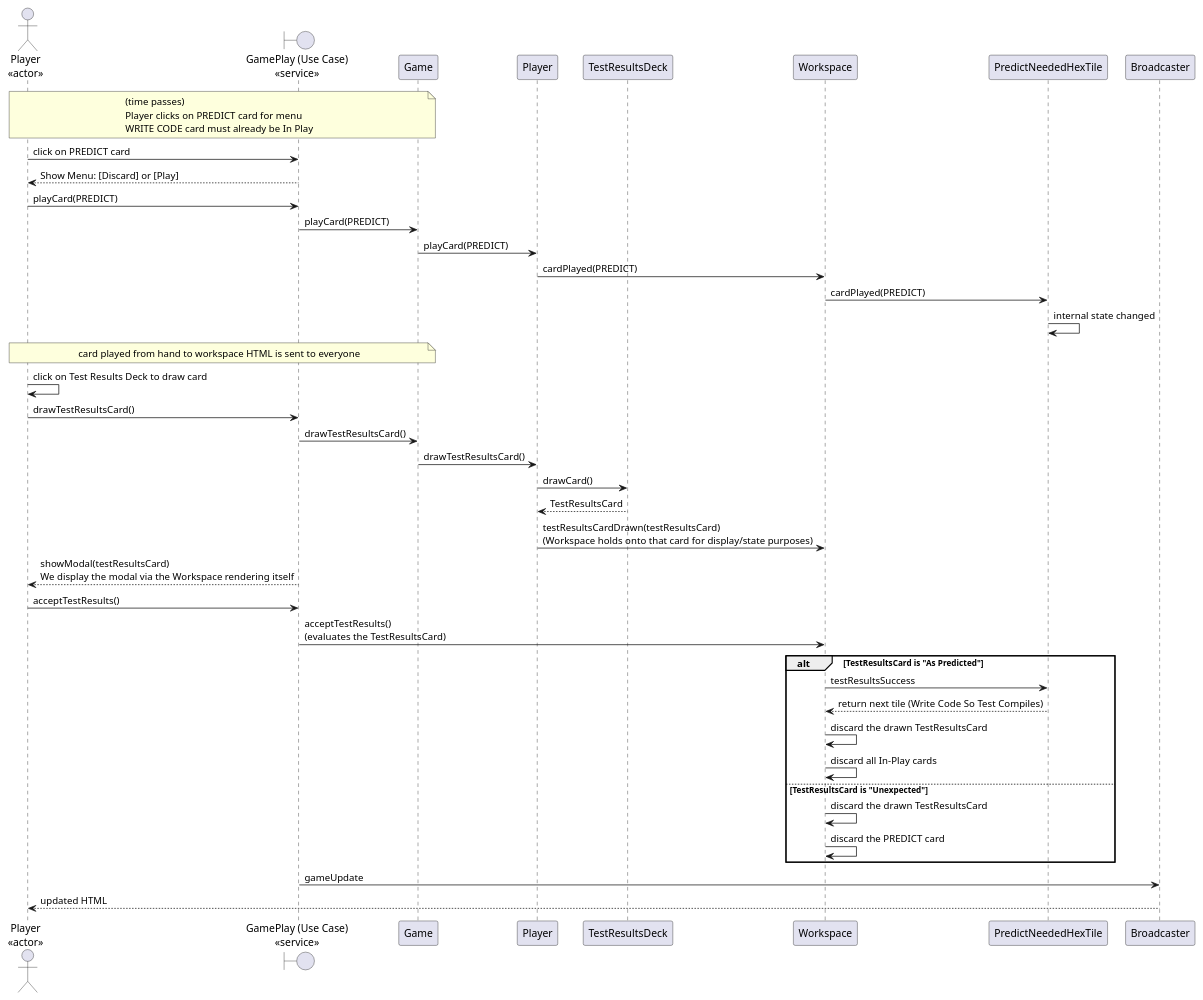
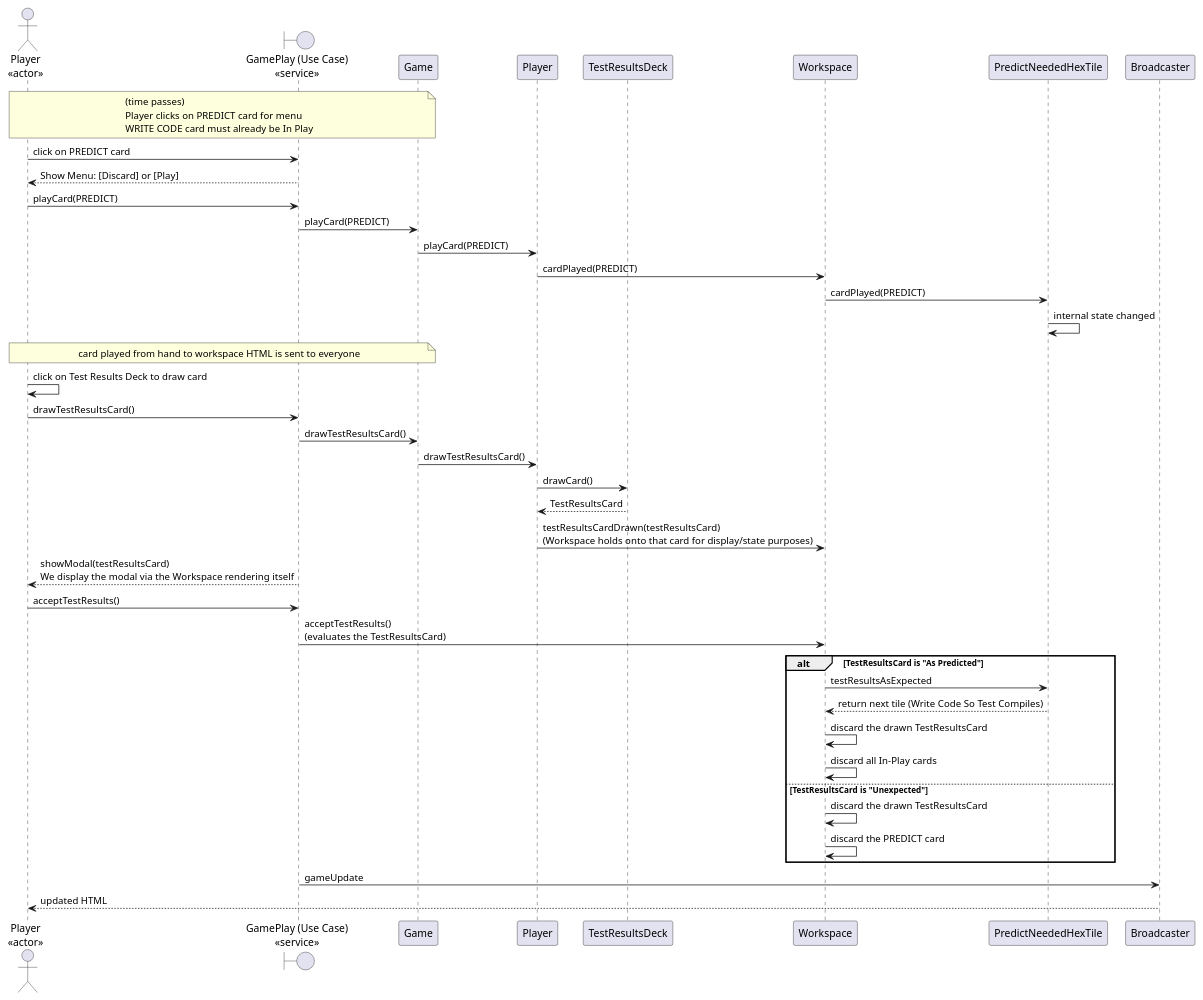
Before and after one commit to jitterted/tdd-game: the diagram in diagrams-docs/play-predict-card-sequence.puml, drawn with PlantUML. The commit also changed 7 other files, not shown here.

```diff
--- a/diagrams-docs/play-predict-card-sequence.puml
+++ b/diagrams-docs/play-predict-card-sequence.puml
@@ -1,42 +1,42 @@
 @startuml
 actor "Player\n<<actor>>" as PlayerActor
 boundary "GamePlay (Use Case)\n<<service>>" as GamePlay
 participant Game
 participant Player
 participant TestResultsDeck
 participant Workspace
 participant PredictNeededHexTile
 
 note over PlayerActor, Game: (time passes)\nPlayer clicks on PREDICT card for menu\nWRITE CODE card must already be In Play
 
 PlayerActor -> GamePlay : click on PREDICT card
 PlayerActor <-- GamePlay : Show Menu: [Discard] or [Play]
 PlayerActor -> GamePlay: playCard(PREDICT)
 GamePlay -> Game: playCard(PREDICT)
 Game -> Player: playCard(PREDICT)
 Player -> Workspace: cardPlayed(PREDICT)
 Workspace -> PredictNeededHexTile: cardPlayed(PREDICT)
 PredictNeededHexTile -> PredictNeededHexTile: internal state changed
 note over PlayerActor, Game: card played from hand to workspace HTML is sent to everyone
 PlayerActor -> PlayerActor: click on Test Results Deck to draw card
 PlayerActor -> GamePlay: drawTestResultsCard()
 GamePlay -> Game: drawTestResultsCard()
 Game -> Player:  drawTestResultsCard()
 Player -> TestResultsDeck: drawCard()
 Player <-- TestResultsDeck: TestResultsCard
 Player -> Workspace: testResultsCardDrawn(testResultsCard)\n(Workspace holds onto that card for display/state purposes)
 GamePlay --> PlayerActor: showModal(testResultsCard)\nWe display the modal via the Workspace rendering itself
 PlayerActor -> GamePlay: acceptTestResults()
 GamePlay -> Workspace: acceptTestResults()\n(evaluates the TestResultsCard)
 alt TestResultsCard is "As Predicted"
-    Workspace -> PredictNeededHexTile: testResultsSuccess
+    Workspace -> PredictNeededHexTile: testResultsAsExpected
     PredictNeededHexTile --> Workspace: return next tile (Write Code So Test Compiles)
     Workspace -> Workspace: discard the drawn TestResultsCard
     Workspace -> Workspace: discard all In-Play cards
 else TestResultsCard is "Unexpected"
     Workspace -> Workspace: discard the drawn TestResultsCard
     Workspace -> Workspace: discard the PREDICT card
 end
 GamePlay -> Broadcaster: gameUpdate
 Broadcaster --> PlayerActor: updated HTML
 @enduml
```
